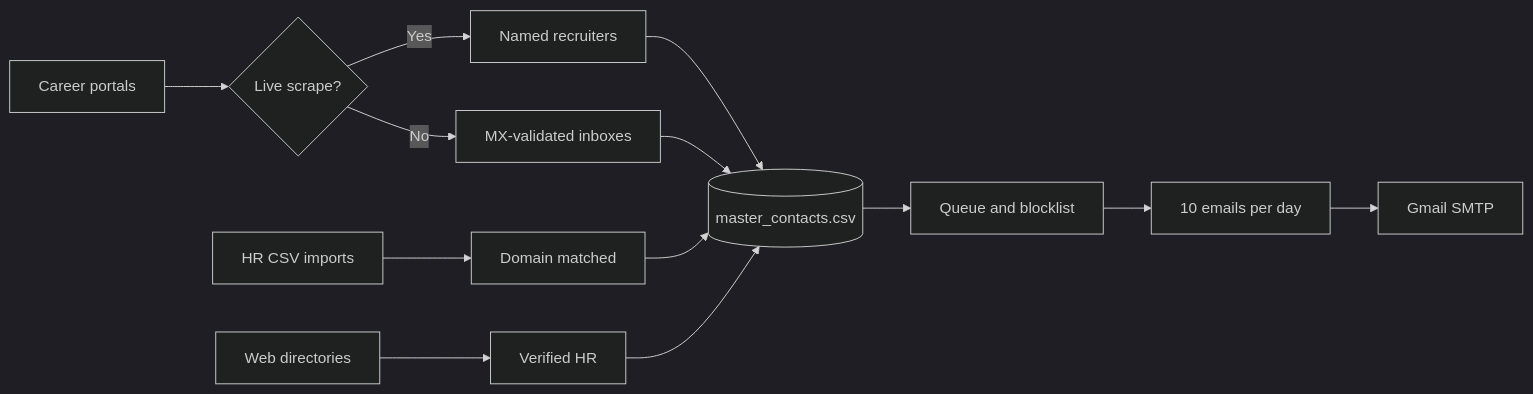
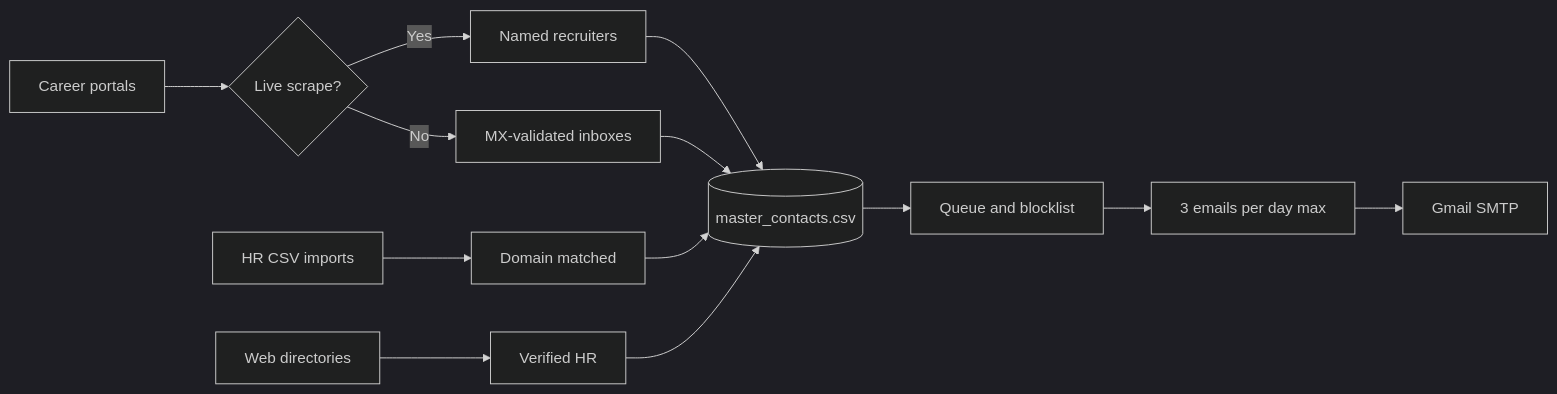
The third of 4 diagrams in README.md (Ojas-Srivastava05/resume-optimiser), drawn with Mermaid (dark theme) before and after one commit. The commit also changed other lines of this file and 17 other files, not shown here.

````diff
--- a/README.md
+++ b/README.md
@@ -166,15 +166,15 @@
 ```mermaid
 flowchart LR
     A["Career portals"] --> B{Live scrape?}
     B -- Yes --> C["Named recruiters"]
     B -- No --> D["MX-validated inboxes"]
     E["HR CSV imports"] --> F["Domain matched"]
     G["Web directories"] --> H["Verified HR"]
     C --> I[("master_contacts.csv")]
     D --> I
     F --> I
     H --> I
     I --> J["Queue and blocklist"]
-    J --> K["10 emails per day"]
+    J --> K["3 emails per day max"]
     K --> L["Gmail SMTP"]
 ```
````
